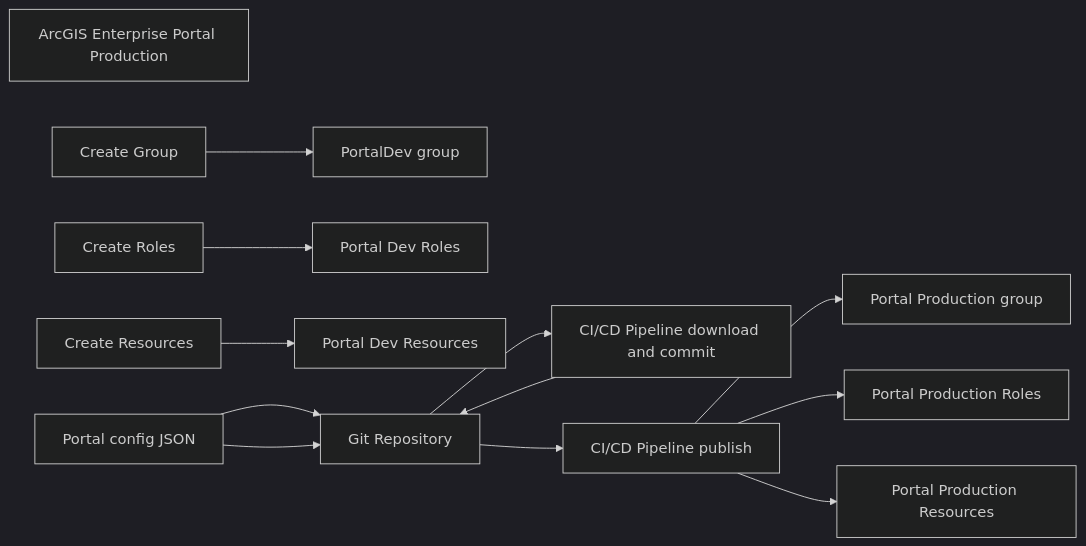
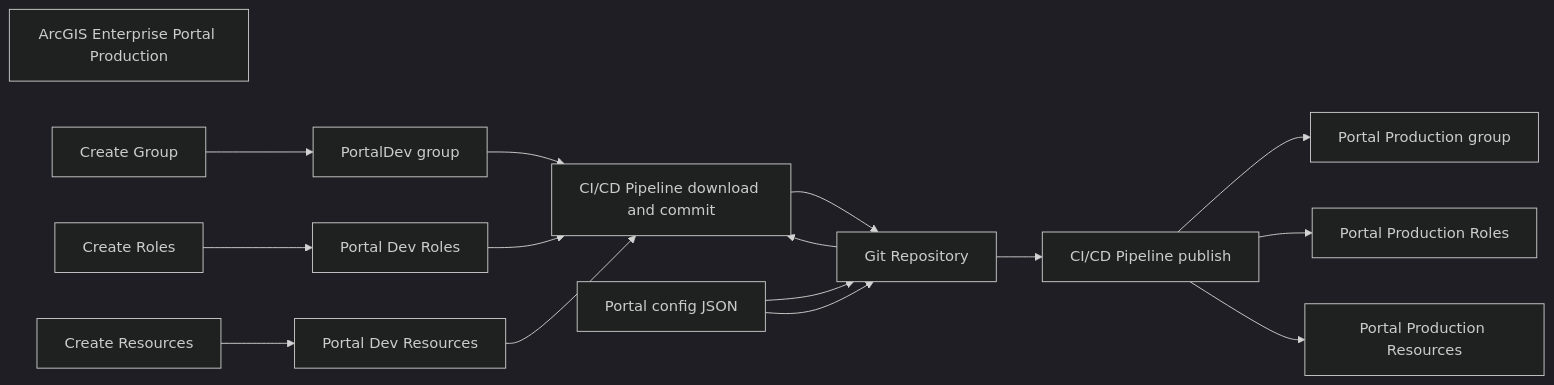
The diagram in Configuration_examples/Portal Configuration Examples/readme.md (merkator-software/GaiaBuilder-manual), drawn with Mermaid (dark theme) before and after one commit.

````diff
--- a/Configuration_examples/Portal Configuration Examples/readme.md
+++ b/Configuration_examples/Portal Configuration Examples/readme.md
@@ -22,29 +22,32 @@
 ```mermaid
 graph LR
   groupdev[PortalDev group]
   groupprd[Portal Production group]
   rolesdev[Portal Dev Roles]
   rolesprd[Portal Production Roles]
   resourcesdev[Portal Dev Resources]
   resourcesprd[Portal Production Resources]
   git[Git Repository]
   pipelinecommit[CI/CD Pipeline download and commit]
   pipelinedeploy[CI/CD Pipeline publish]
   portal[ArcGIS Enterprise Portal Production]
   creategroup[Create Group]
   createrole[Create Roles]
   createresource[Create Resources]
   json[Portal config JSON]
 
   creategroup --> groupdev
   createrole --> rolesdev
   createresource --> resourcesdev
+  groupdev --> pipelinecommit
+  rolesdev --> pipelinecommit
+  resourcesdev --> pipelinecommit
   json --> git
   git --> pipelinecommit
   pipelinecommit --> git
   json --> git
   git --> pipelinedeploy
   pipelinedeploy --> groupprd
   pipelinedeploy --> rolesprd
   pipelinedeploy --> resourcesprd
 ```
````
